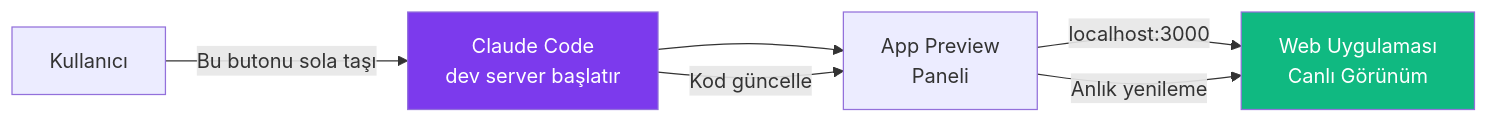
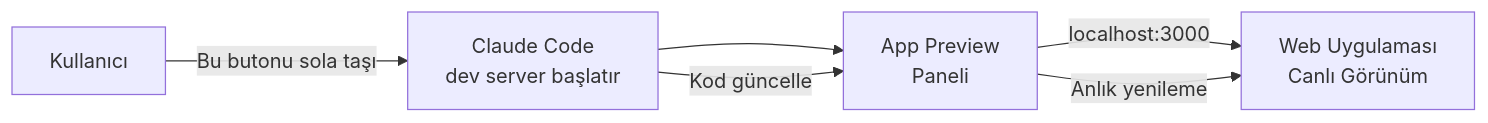
One commit to IzzetYasinAtes/ClaudeCodeHandbook changed the fifth of 8 diagrams in 15-entegrasyonlar/04-masaustu-uygulamasi.md. Above: the diagram before and after it, drawn with Mermaid. The commit also changed other lines of this file and 97 other files, not shown here.

Commit message:
Remove all custom Mermaid style/fill colors from 98 markdown files for consistent dark theme rendering

````diff
--- a/15-entegrasyonlar/04-masaustu-uygulamasi.md
+++ b/15-entegrasyonlar/04-masaustu-uygulamasi.md
@@ -145,14 +138,12 @@
 ```mermaid
 flowchart LR
     CC["Claude Code<br/>dev server başlatır"]
     CC --> PREV["App Preview<br/>Paneli"]
     PREV --> |"localhost:3000"| WEB["Web Uygulaması<br/>Canlı Görünüm"]
 
     U["Kullanıcı"]
     U -->|"Bu butonu sola taşı"| CC
     CC -->|"Kod güncelle"| PREV
     PREV -->|"Anlık yenileme"| WEB
 
-    style CC fill:#7C3AED,color:#fff
-    style WEB fill:#10B981,color:#fff
 ```
````
